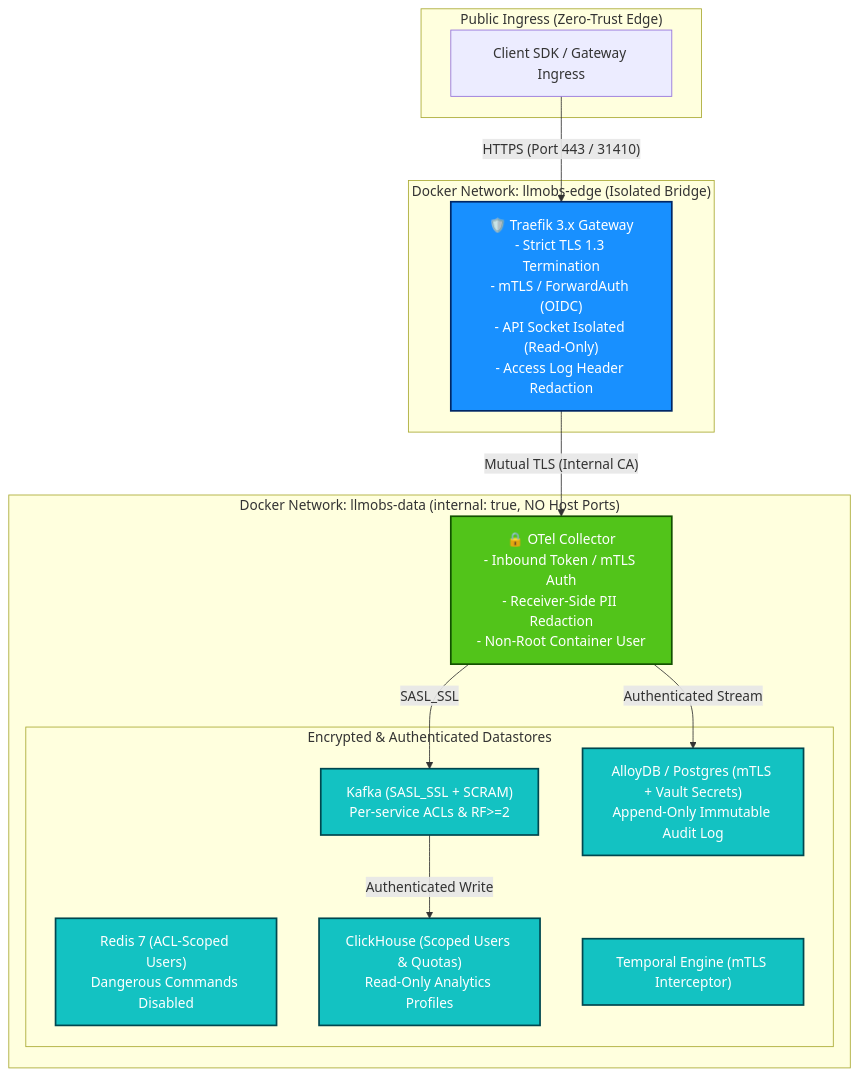
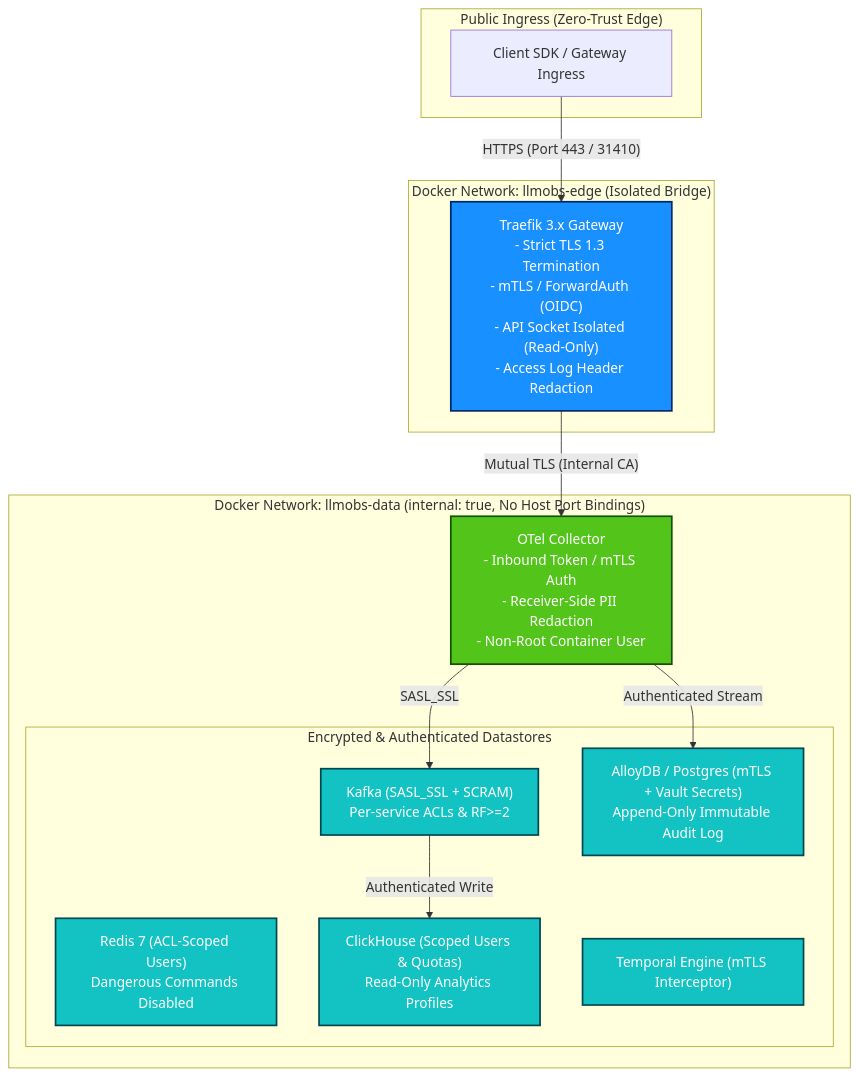
The sixth of 7 diagrams in packages/configs/llm-obs-infra/adr/0007-critical-security-remediation-mandate.md (Chief-Strategist-J/llm-observability-platform), drawn with Mermaid before and after one commit. The commit also changed other lines of this file, not shown here.

Commit message:
docs(adr): sanitize mermaid diagrams to formal Red Team nomenclature without emojis

````diff
--- a/packages/configs/llm-obs-infra/adr/0007-critical-security-remediation-mandate.md
+++ b/packages/configs/llm-obs-infra/adr/0007-critical-security-remediation-mandate.md
@@ -250,36 +250,36 @@
 ```mermaid
 flowchart TB
     subgraph Public_Internet["Public Ingress (Zero-Trust Edge)"]
         User["Client SDK / Gateway Ingress"]
     end
 
     subgraph DMZ_Network["Docker Network: llmobs-edge (Isolated Bridge)"]
-        TraefikSecure["🛡️ Traefik 3.x Gateway<br/>- Strict TLS 1.3 Termination<br/>- mTLS / ForwardAuth (OIDC)<br/>- API Socket Isolated (Read-Only)<br/>- Access Log Header Redaction"]
+        TraefikSecure["Traefik 3.x Gateway<br/>- Strict TLS 1.3 Termination<br/>- mTLS / ForwardAuth (OIDC)<br/>- API Socket Isolated (Read-Only)<br/>- Access Log Header Redaction"]
     end
 
-    subgraph Internal_Network["Docker Network: llmobs-data (internal: true, NO Host Ports)"]
-        OTelSecure["🔒 OTel Collector<br/>- Inbound Token / mTLS Auth<br/>- Receiver-Side PII Redaction<br/>- Non-Root Container User"]
+    subgraph Internal_Network["Docker Network: llmobs-data (internal: true, No Host Port Bindings)"]
+        OTelSecure["OTel Collector<br/>- Inbound Token / mTLS Auth<br/>- Receiver-Side PII Redaction<br/>- Non-Root Container User"]
 
         subgraph Secure_Datastores["Encrypted & Authenticated Datastores"]
             KafkaSecure["Kafka (SASL_SSL + SCRAM)<br/>Per-service ACLs & RF>=2"]
             RedisSecure["Redis 7 (ACL-Scoped Users)<br/>Dangerous Commands Disabled"]
             ClickHouseSecure["ClickHouse (Scoped Users & Quotas)<br/>Read-Only Analytics Profiles"]
             AlloyDBSecure["AlloyDB / Postgres (mTLS + Vault Secrets)<br/>Append-Only Immutable Audit Log"]
             TemporalSecure["Temporal Engine (mTLS Interceptor)"]
         end
     end
 
     User -->|"HTTPS (Port 443 / 31410)"| TraefikSecure
     TraefikSecure -->|"Mutual TLS (Internal CA)"| OTelSecure
     OTelSecure -->|"SASL_SSL"| KafkaSecure
     KafkaSecure -->|"Authenticated Write"| ClickHouseSecure
     OTelSecure -->|"Authenticated Stream"| AlloyDBSecure
 
     classDef edgeGate fill:#1890ff,stroke:#002766,stroke-width:2px,color:#fff;
     classDef innerSafe fill:#52c41a,stroke:#135200,stroke-width:2px,color:#fff;
     classDef storeSafe fill:#13c2c2,stroke:#00474f,stroke-width:2px,color:#fff;
 
     class TraefikSecure edgeGate;
     class OTelSecure innerSafe;
     class KafkaSecure,RedisSecure,ClickHouseSecure,AlloyDBSecure,TemporalSecure storeSafe;
 ```
````
